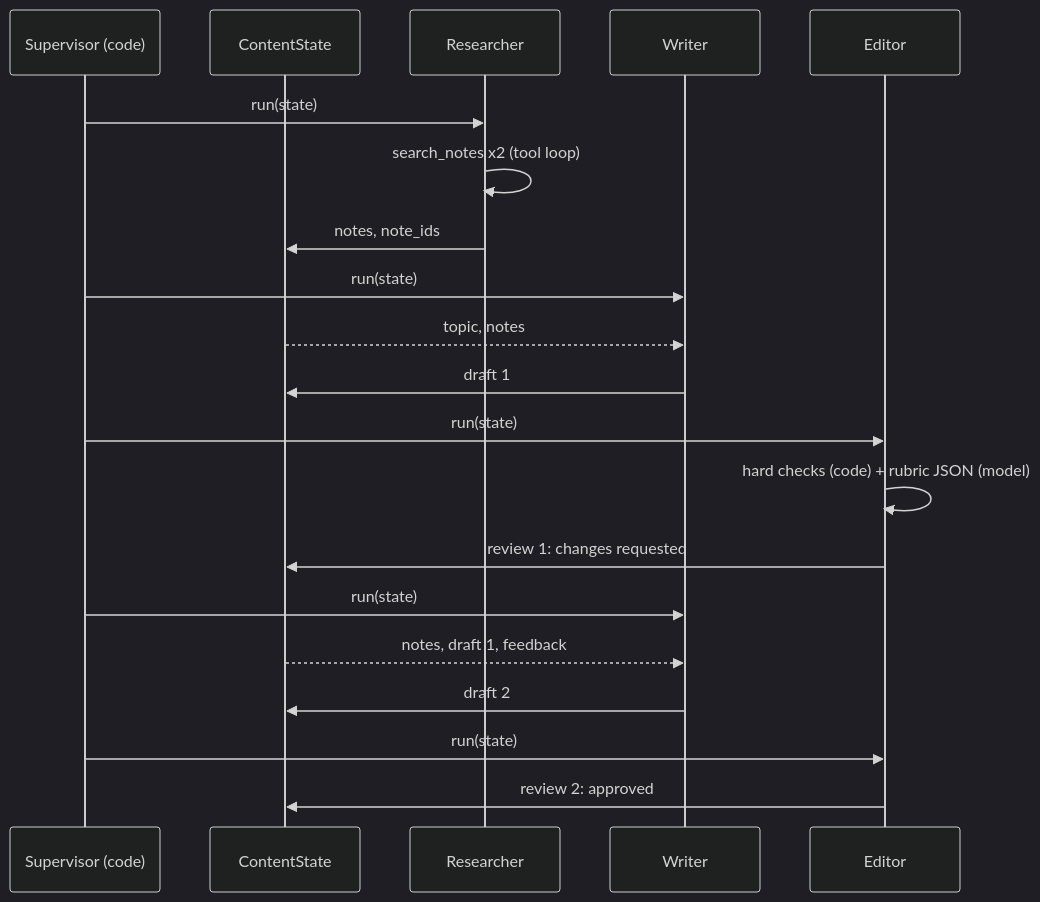
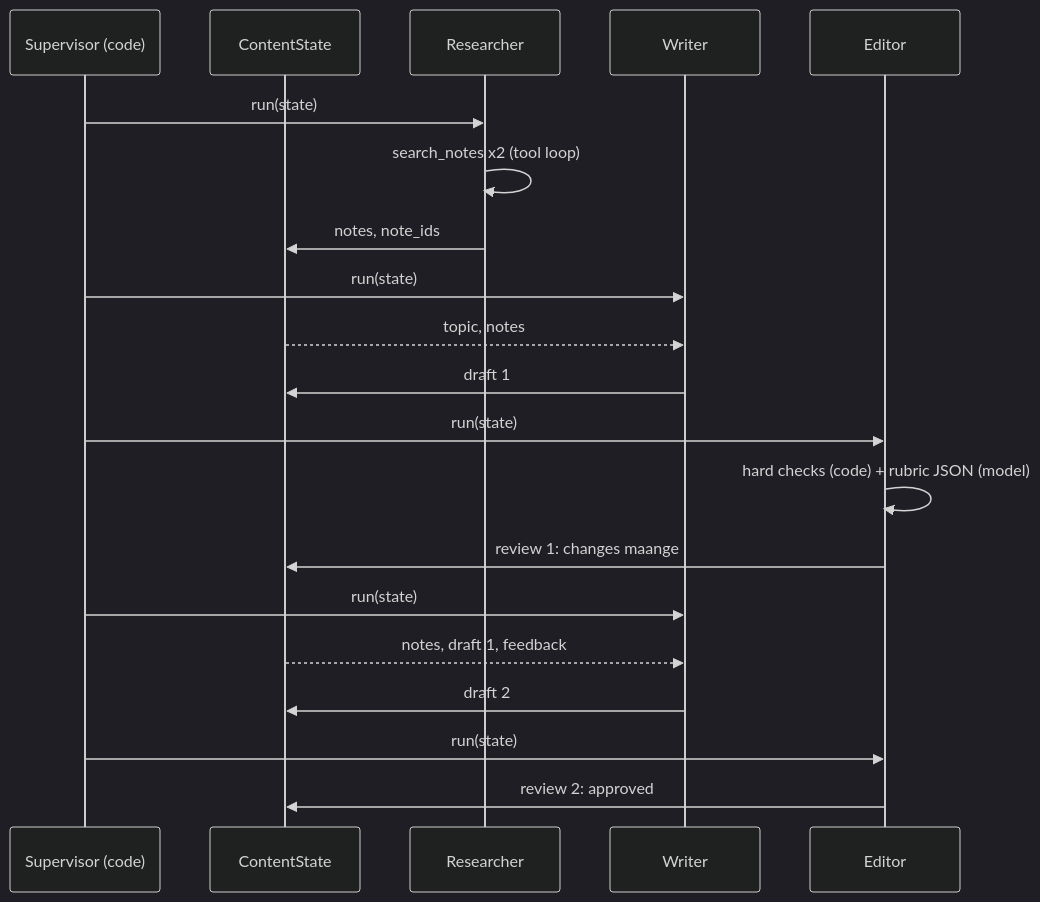
Before and after one commit to asmustechno/agentic-ai-notes: the second of 2 diagrams in docs/18-projects/18.4-project-4-multi-agent-content-team.md, drawn with Mermaid (dark theme). The commit also changed other lines of this file and 135 other files, not shown here.

````diff
--- a/docs/18-projects/18.4-project-4-multi-agent-content-team.md
+++ b/docs/18-projects/18.4-project-4-multi-agent-content-team.md
@@ -89,22 +93,22 @@
 ```mermaid
 sequenceDiagram
     participant S as Supervisor (code)
     participant St as ContentState
     participant R as Researcher
     participant W as Writer
     participant E as Editor
     S->>R: run(state)
     R->>R: search_notes x2 (tool loop)
     R->>St: notes, note_ids
     S->>W: run(state)
     St-->>W: topic, notes
     W->>St: draft 1
     S->>E: run(state)
     E->>E: hard checks (code) + rubric JSON (model)
-    E->>St: review 1: changes requested
+    E->>St: review 1: changes maange
     S->>W: run(state)
     St-->>W: notes, draft 1, feedback
     W->>St: draft 2
     S->>E: run(state)
     E->>St: review 2: approved
 ```
````
